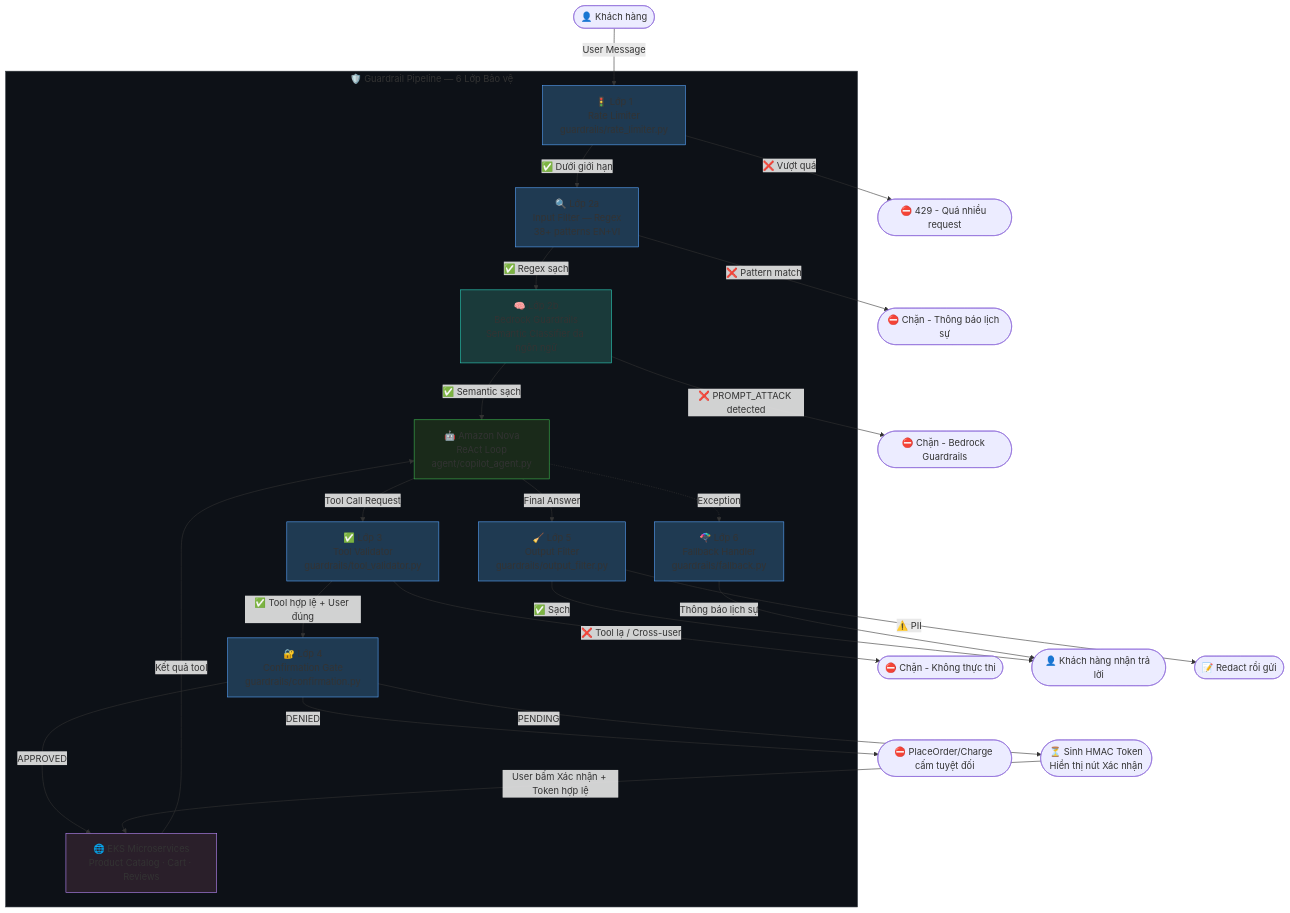
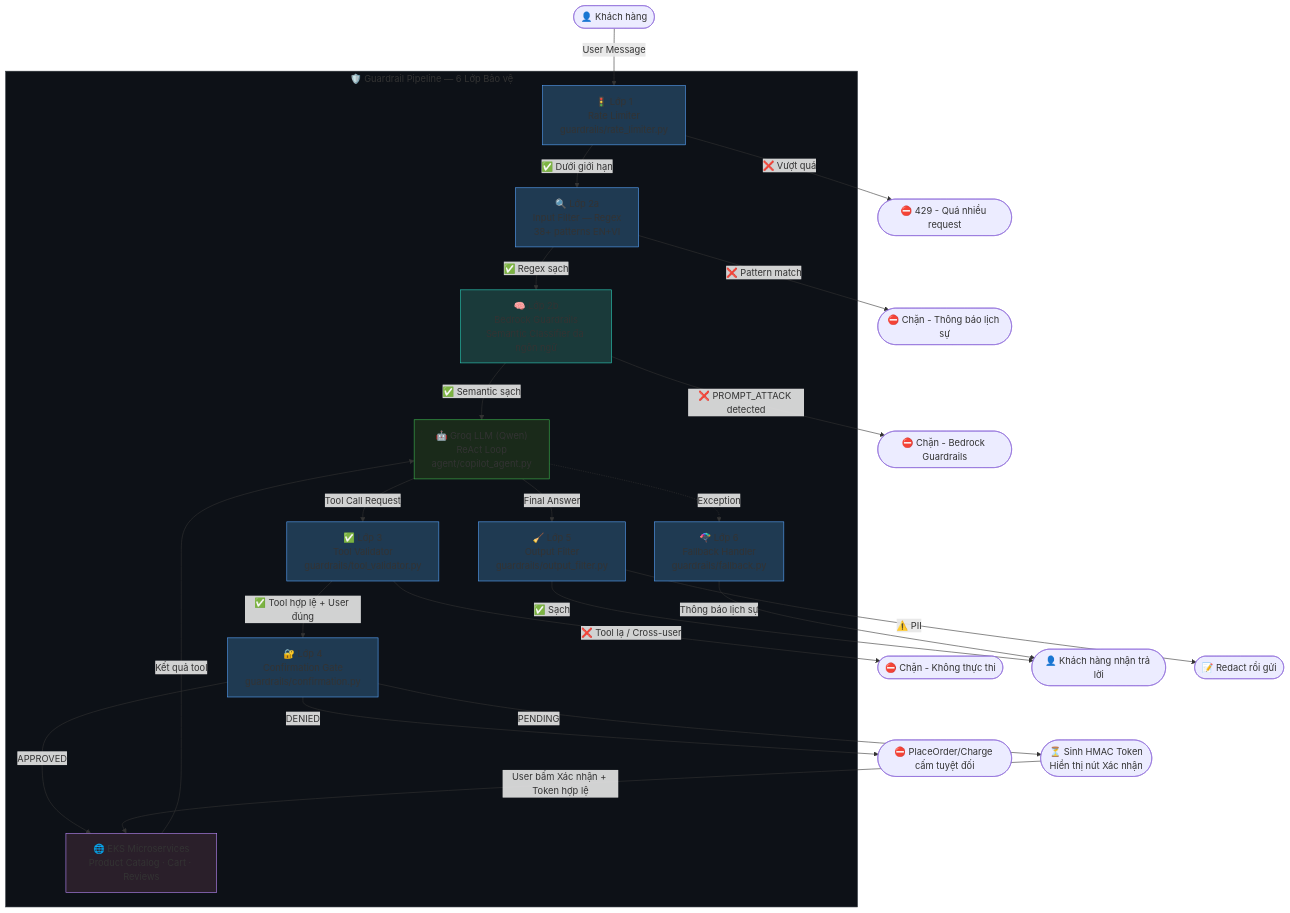
The first of 2 diagrams in AIE2/shopping-copilot/spec/guardrail_design_doc.md (DangThao195/AIO02_TF3_Phase3), drawn with Mermaid before and after one commit. The commit also changed other lines of this file and 26 other files, not shown here.

````diff
--- a/AIE2/shopping-copilot/spec/guardrail_design_doc.md
+++ b/AIE2/shopping-copilot/spec/guardrail_design_doc.md
@@ -63,54 +63,54 @@
 ```mermaid
 flowchart TD
     USER(["👤 Khách hàng"]) -->|User Message| A
 
     subgraph GUARDRAILS["🛡️ Guardrail Pipeline — 6 Lớp Bảo vệ"]
         A["🚦 Lớp 1\nRate Limiter\nguardrails/rate_limiter.py"]
         B["🔍 Lớp 2a\nInput Filter — Regex\n38+ patterns EN+VI"]
         B2["🧠 Lớp 2b\nBedrock Guardrails\nSemantic Classifier đa ngôn ngữ"]
-        C["🤖 Amazon Nova\nReAct Loop\nagent/copilot_agent.py"]
+        C["🤖 Groq LLM (Qwen)\nReAct Loop\nagent/copilot_agent.py"]
         D["✅ Lớp 3\nTool Validator\nguardrails/tool_validator.py"]
         E["🔐 Lớp 4\nConfirmation Gate\nguardrails/confirmation.py"]
         F["🌐 EKS Microservices\nProduct Catalog · Cart · Reviews"]
         G["🧹 Lớp 5\nOutput Filter\nguardrails/output_filter.py"]
         H["🪂 Lớp 6\nFallback Handler\nguardrails/fallback.py"]
     end
 
     A -->|✅ Dưới giới hạn| B
     A -->|❌ Vượt quá| RATE_BLOCK(["⛔ 429 - Quá nhiều request"])
 
     B -->|✅ Regex sạch| B2
     B -->|❌ Pattern match| INPUT_BLOCK(["⛔ Chặn - Thông báo lịch sự"])
 
     B2 -->|✅ Semantic sạch| C
     B2 -->|❌ PROMPT_ATTACK detected| INPUT_BLOCK2(["⛔ Chặn - Bedrock Guardrails"])
 
     C -->|Tool Call Request| D
     D -->|✅ Tool hợp lệ + User đúng| E
     D -->|❌ Tool lạ / Cross-user| TOOL_BLOCK(["⛔ Chặn - Không thực thi"])
 
     E -->|DENIED| DENY_BLOCK(["⛔ PlaceOrder/Charge cấm tuyệt đối"])
     E -->|PENDING| PENDING(["⏳ Sinh HMAC Token\nHiển thị nút Xác nhận"])
     E -->|APPROVED| F
 
     PENDING -->|User bấm Xác nhận + Token hợp lệ| F
     F -->|Kết quả tool| C
 
     C -->|Final Answer| G
     G -->|✅ Sạch| USER2(["👤 Khách hàng nhận trả lời"])
     G -->|⚠️ PII| REDACT(["📝 Redact rồi gửi"])
 
     C -.->|Exception| H
     H -->|Thông báo lịch sự| USER2
 
     style GUARDRAILS fill:#0d1117,stroke:#30363d
     style A fill:#1f3a52,stroke:#58a6ff
     style B fill:#1f3a52,stroke:#58a6ff
     style B2 fill:#1a3a3a,stroke:#2dd4bf
     style D fill:#1f3a52,stroke:#58a6ff
     style E fill:#1f3a52,stroke:#58a6ff
     style G fill:#1f3a52,stroke:#58a6ff
     style H fill:#1f3a52,stroke:#58a6ff
     style C fill:#1a2a1a,stroke:#3fb950
     style F fill:#2a1f2a,stroke:#bc8cff
 ```
````
